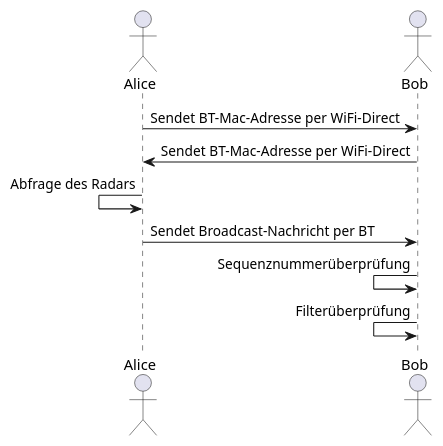
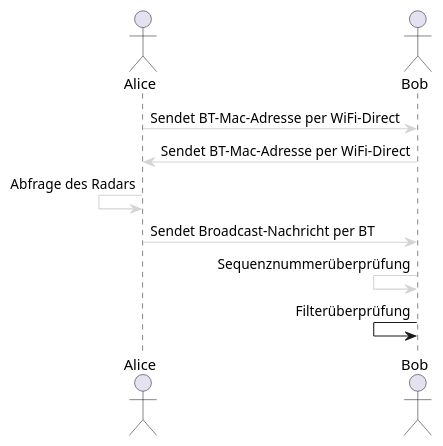
Before and after one commit to SharedKnowledge/Documentation: the diagram in plantuml/communicationComps.puml, drawn with PlantUML. The commit also changed 18 other files, not shown here.

```diff
--- a/plantuml/communicationComps.puml
+++ b/plantuml/communicationComps.puml
@@ -1,13 +1,13 @@
 @startuml
 
 actor "Alice"
 actor "Bob"
 
-"Bob" <- "Alice": Sendet BT-Mac-Adresse per WiFi-Direct
-"Alice" <- "Bob": Sendet BT-Mac-Adresse per WiFi-Direct
-"Alice" <- "Alice": Abfrage des Radars
-"Bob" <- "Alice": Sendet Broadcast-Nachricht per BT
-"Bob" <- "Bob": Sequenznummerüberprüfung
+"Bob" <[#lightgrey]- "Alice": Sendet BT-Mac-Adresse per WiFi-Direct
+"Alice" <[#lightgrey]- "Bob": Sendet BT-Mac-Adresse per WiFi-Direct
+"Alice" <[#lightgrey]- "Alice": Abfrage des Radars
+"Bob" <[#lightgrey]- "Alice": Sendet Broadcast-Nachricht per BT
+"Bob" <[#lightgrey]- "Bob": Sequenznummerüberprüfung
 "Bob" <- "Bob": Filterüberprüfung
 
 @enduml
```
